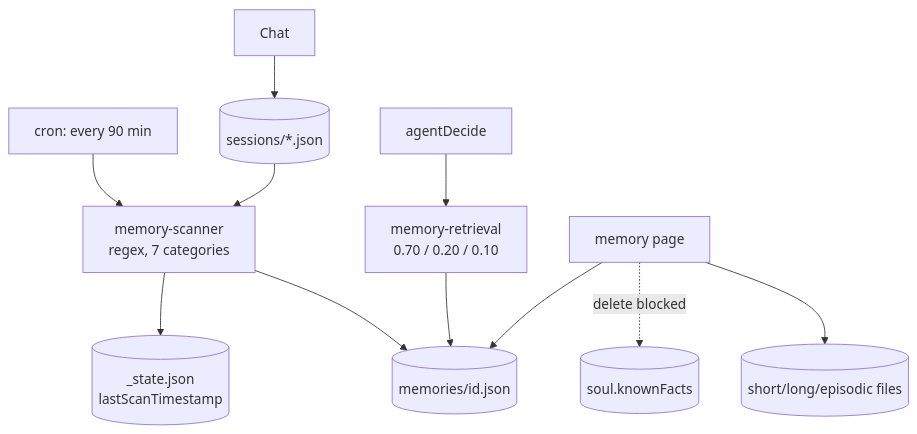
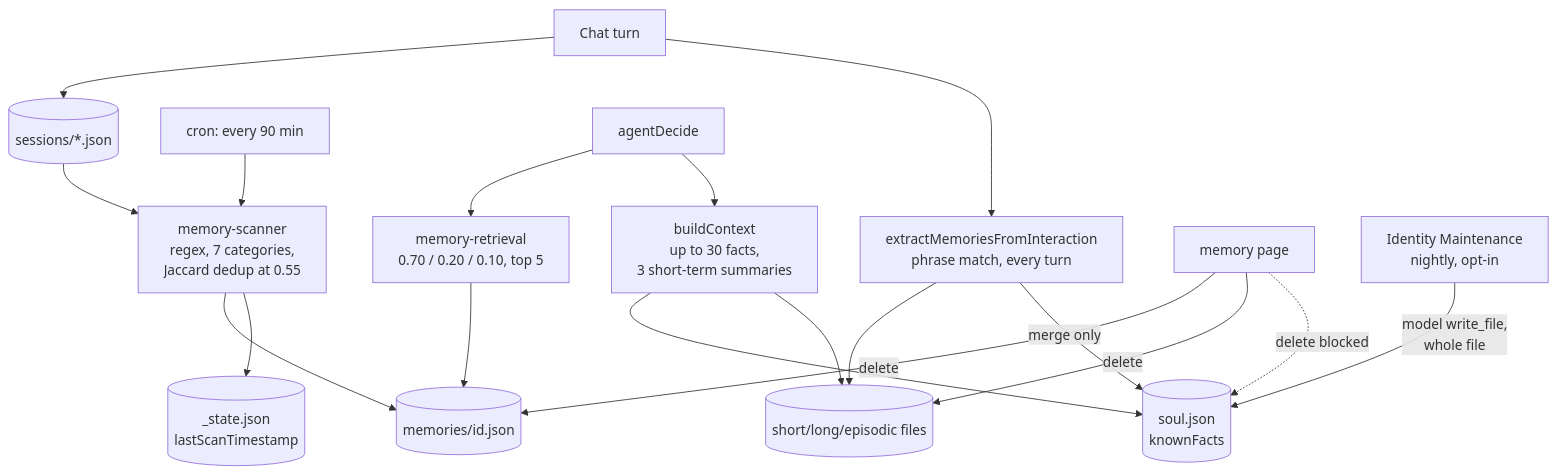
The second of 2 diagrams in content/systems/skales.md (neoneye/agent-memory-atlas), drawn with Mermaid before and after one commit. The commit also changed other lines of this file and 15 other files, not shown here.

````diff
--- a/content/systems/skales.md
+++ b/content/systems/skales.md
@@ -145,14 +170,21 @@
 ```mermaid
-%% caption: the scan cursor is the only thing between the conversation files and the memory store, and the UI blocks deletion of the known-facts file
+%% caption: two writers feed three stores; chat can add a known fact, the memory page cannot remove one, and the only thing that rewrites the soul file whole is a model following the nightly maintenance prompt
 flowchart TB
-    CH[Chat] --> S[(sessions/*.json)]
-    CRON[cron: every 90 min] --> SC[memory-scanner<br/>regex, 7 categories]
+    CH[Chat turn] --> S[(sessions/*.json)]
+    CH --> EX[extractMemoriesFromInteraction<br/>phrase match, every turn]
+    EX --> TF[(short/long/episodic files)]
+    EX -->|merge only| KF[(soul.json<br/>knownFacts)]
+    CRON[cron: every 90 min] --> SC[memory-scanner<br/>regex, 7 categories,<br/>Jaccard dedup at 0.55]
     S --> SC
     SC --> M[(memories/id.json)]
     SC --> ST[(_state.json<br/>lastScanTimestamp)]
-    AD[agentDecide] --> R[memory-retrieval<br/>0.70 / 0.20 / 0.10]
+    AD[agentDecide] --> R[memory-retrieval<br/>0.70 / 0.20 / 0.10, top 5]
     R --> M
-    UI[memory page] --> M
-    UI --> TF[(short/long/episodic files)]
-    UI -.->|delete blocked| KF[(soul.knownFacts)]
+    AD --> BC[buildContext<br/>up to 30 facts,<br/>3 short-term summaries]
+    BC --> KF
+    BC --> TF
+    UI[memory page] -->|delete| M
+    UI -->|delete| TF
+    UI -.->|delete blocked| KF
+    IM[Identity Maintenance<br/>nightly, opt-in] -->|model write_file,<br/>whole file| KF
 ```
````
